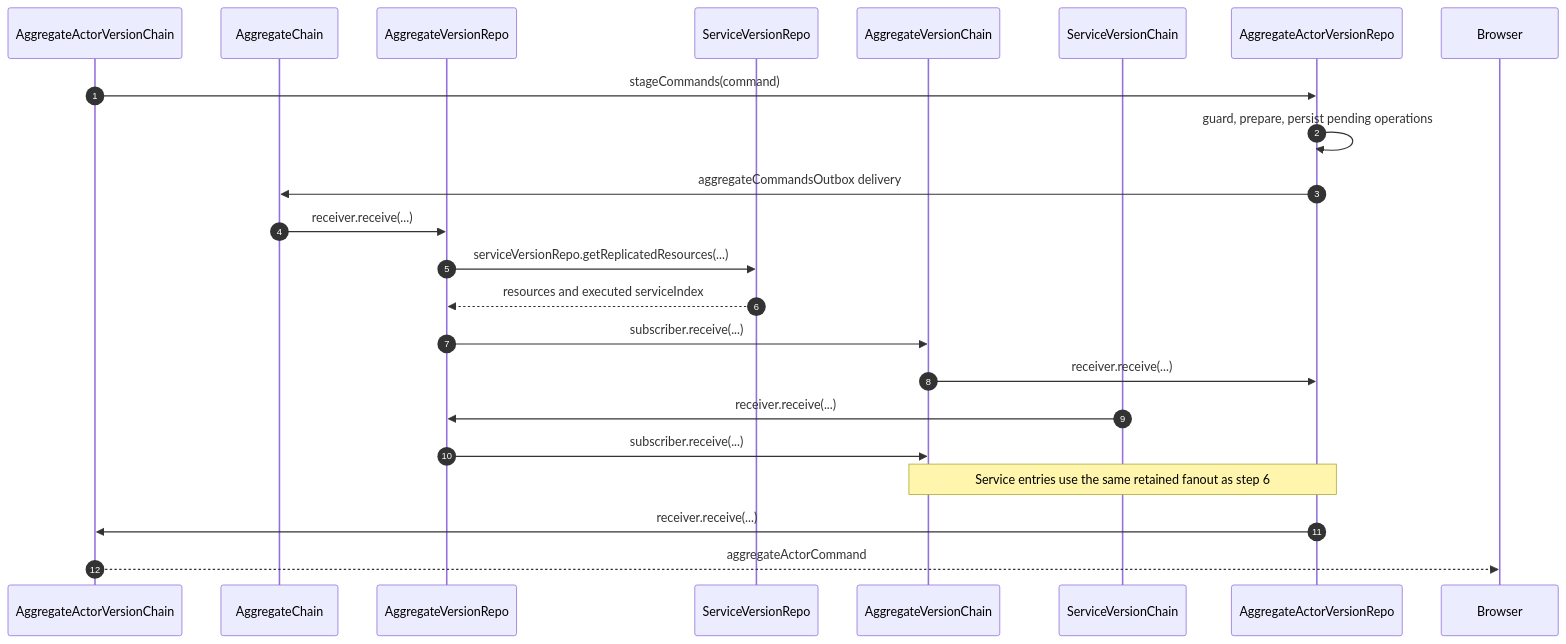
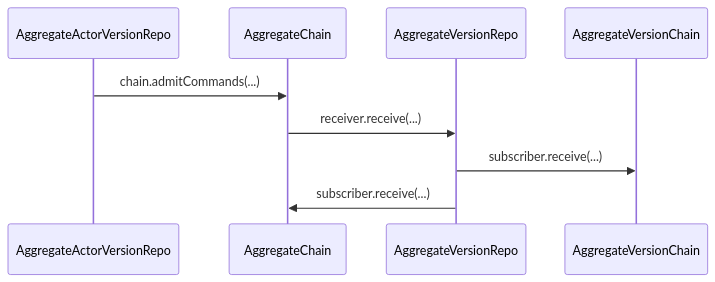
The first of 3 diagrams in wiki/architecture/server/admitCommands.md (morgs32/qrk.sh), drawn with Mermaid before and after one commit. The commit also changed other lines of this file and 1035 other files, not shown here.

````diff
--- a/wiki/architecture/server/admitCommands.md
+++ b/wiki/architecture/server/admitCommands.md
@@ -14,25 +20,11 @@
 ```mermaid
 sequenceDiagram
-  participant AAVC as AggregateActorVersionChain
-  participant AC as AggregateChain
-  participant AVR as AggregateVersionRepo
-  participant SVR as ServiceVersionRepo
-  participant AVC as AggregateVersionChain
-  participant SVC as ServiceVersionChain
-  participant AAVR as AggregateActorVersionRepo
-  participant Browser
-  autonumber
-  AAVC->>AAVR: stageCommands(command)
-  AAVR->>AAVR: guard, prepare, persist pending operations
-  AAVR->>AC: aggregateCommandsOutbox delivery
-  AC->>AVR: receiver.receive(...)
-  AVR->>SVR: serviceVersionRepo.getReplicatedResources(...)
-  SVR-->>AVR: resources and executed serviceIndex
-  AVR->>AVC: subscriber.receive(...)
-  AVC->>AAVR: receiver.receive(...)
-  SVC->>AVR: receiver.receive(...)
-  AVR->>AVC: subscriber.receive(...)
-  Note over AVC,AAVR: Service entries use the same retained fanout as step 6
-  AAVR->>AAVC: receiver.receive(...)
-  AAVC-->>Browser: aggregateActorCommand
+  participant AggregateActorVersionRepo
+  participant AggregateChain
+  participant AggregateVersionRepo
+  participant AggregateVersionChain
+  AggregateActorVersionRepo->>AggregateChain: chain.admitCommands(...)
+  AggregateChain->>AggregateVersionRepo: receiver.receive(...)
+  AggregateVersionRepo->>AggregateVersionChain: subscriber.receive(...)
+  AggregateVersionRepo->>AggregateChain: subscriber.receive(...)
 ```
````
